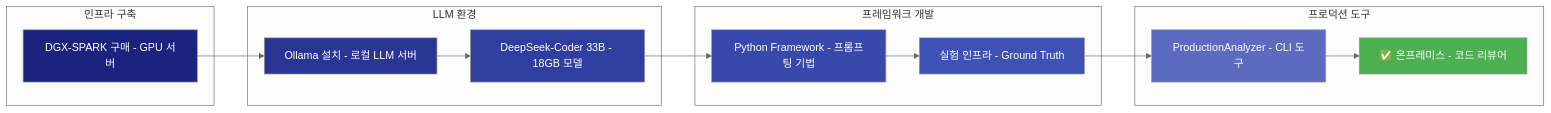
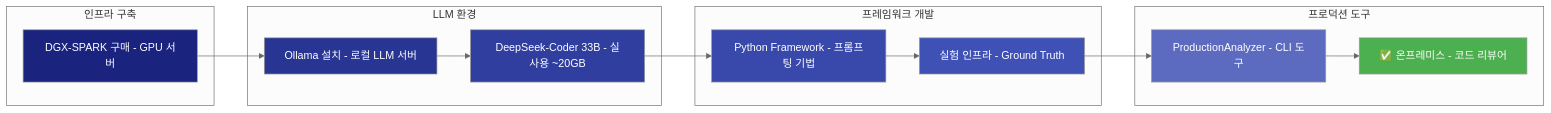
The third of 39 diagrams in PRESENTATION.md (ApeachM/llm-code-reviewer), drawn with Mermaid (neutral theme) before and after one commit. The commit also changed other lines of this file, not shown here.

````diff
--- a/PRESENTATION.md
+++ b/PRESENTATION.md
@@ -62,29 +62,29 @@
 ```mermaid
 graph LR
     subgraph "인프라 구축"
         DGX[DGX-SPARK 구매 - GPU 서버]
     end
 
     subgraph "LLM 환경"
         DGX --> Ollama[Ollama 설치 - 로컬 LLM 서버]
-        Ollama --> Model[DeepSeek-Coder 33B - 18GB 모델]
+        Ollama --> Model[DeepSeek-Coder 33B - 실사용 ~20GB]
     end
 
     subgraph "프레임워크 개발"
         Model --> Framework[Python Framework - 프롬프팅 기법]
         Framework --> Exp[실험 인프라 - Ground Truth]
     end
 
     subgraph "프로덕션 도구"
         Exp --> Prod[ProductionAnalyzer - CLI 도구]
         Prod --> Result[✅ 온프레미스 - 코드 리뷰어]
     end
 
     style DGX fill:#1a237e,color:#fff
     style Ollama fill:#283593,color:#fff
     style Model fill:#303f9f,color:#fff
     style Framework fill:#3949ab,color:#fff
     style Exp fill:#3f51b5,color:#fff
     style Prod fill:#5c6bc0,color:#fff
     style Result fill:#4caf50,color:#fff
 ```
````
